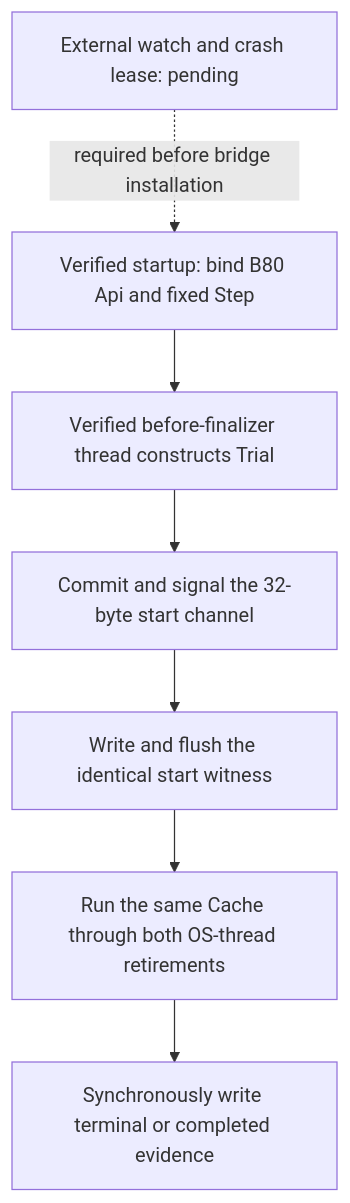
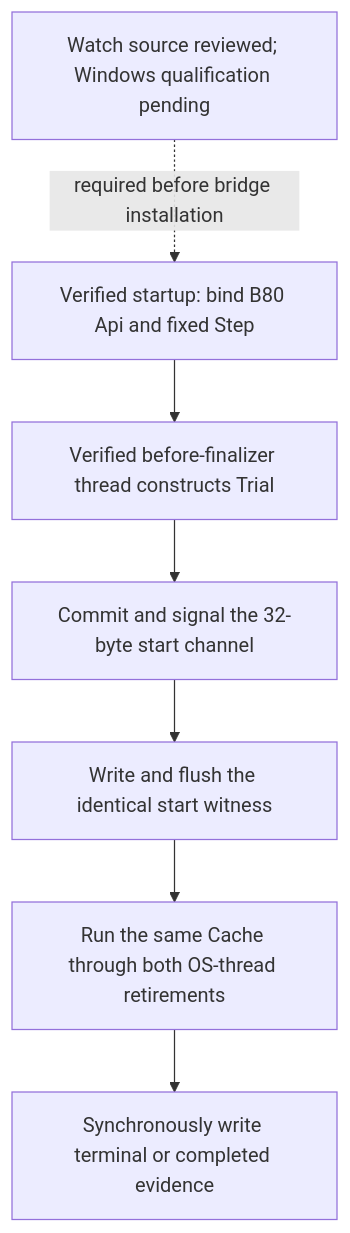
Before and after one commit to Ratty123/CDMW-Full: the sixth of 8 diagrams in cdmw/ui/new_item/INDEPENDENT_ITEMS.md, drawn with Mermaid. The commit also changed other lines of this file and 2 other files, not shown here.

Commit message:
Document native retirement caller qualification

````diff
--- a/cdmw/ui/new_item/INDEPENDENT_ITEMS.md
+++ b/cdmw/ui/new_item/INDEPENDENT_ITEMS.md
@@ -1955,9 +1970,9 @@
 ```mermaid
 flowchart TD
     S["Verified startup: bind B80 Api and fixed Step"] --> P["Verified before-finalizer thread constructs Trial"]
     P --> C["Commit and signal the 32-byte start channel"]
     C --> W["Write and flush the identical start witness"]
     W --> T["Run the same Cache through both OS-thread retirements"]
     T --> E["Synchronously write terminal or completed evidence"]
-    G["External watch and crash lease: pending"] -. "required before bridge installation" .-> S
+    G["Watch source reviewed; Windows qualification pending"] -. "required before bridge installation" .-> S
 ```
````
